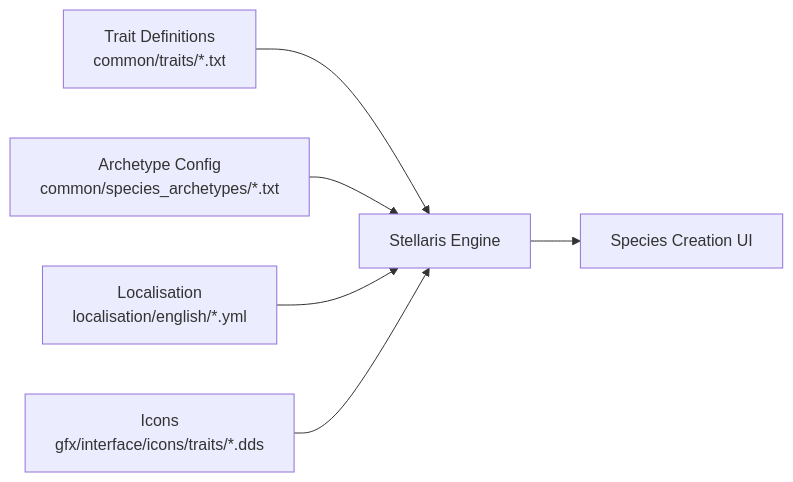
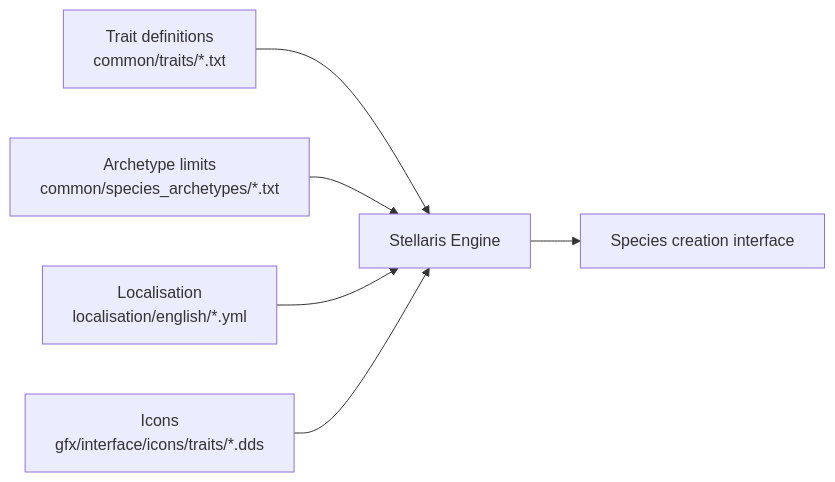
One commit to hmlendea/stellaris-ui-species-traits changed the second of 2 diagrams in docs/architecture.md. Above: the diagram before and after it, drawn with Mermaid. The commit also changed other lines of this file and 23 other files, not shown here.

````diff
--- a/docs/architecture.md
+++ b/docs/architecture.md
@@ -110,8 +112,8 @@
 ```mermaid
 flowchart LR
-    TraitDefs[Trait Definitions\ncommon/traits/*.txt] --> Engine[Stellaris Engine]
-    Archetypes[Archetype Config\ncommon/species_archetypes/*.txt] --> Engine
+    TraitDefs[Trait definitions\ncommon/traits/*.txt] --> Engine[Stellaris Engine]
+    Archetypes[Archetype limits\ncommon/species_archetypes/*.txt] --> Engine
     Loc[Localisation\nlocalisation/english/*.yml] --> Engine
     Icons[Icons\ngfx/interface/icons/traits/*.dds] --> Engine
-    Engine --> SpeciesUI[Species Creation UI]
+    Engine --> SpeciesUI[Species creation interface]
 ```
````
